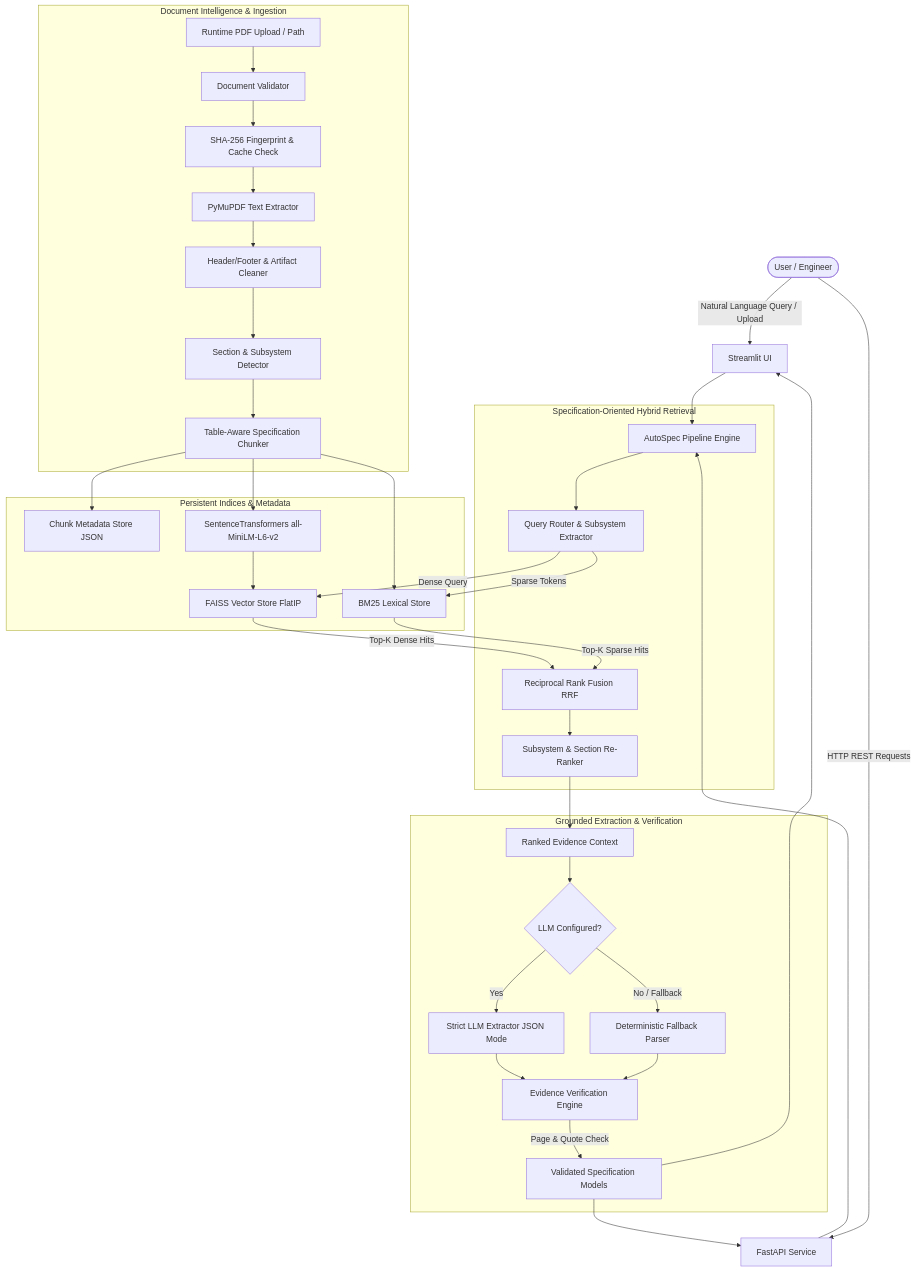
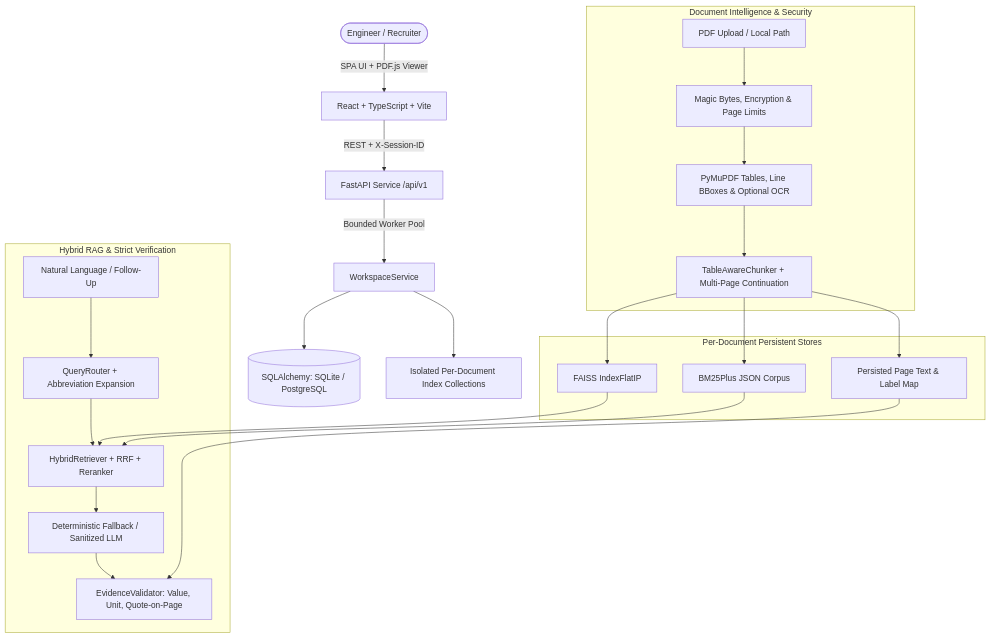
The diagram in docs/architecture.md (astha-2004-code/AutoSpec-AI), drawn with Mermaid before and after one commit. The commit also changed other lines of this file and 93 other files, not shown here.

Commit message:
feat: upgrade AutoSpec AI to production-ready full-stack platform

````diff
--- a/docs/architecture.md
+++ b/docs/architecture.md
@@ -5,46 +5,30 @@
 ```mermaid
 graph TD
-    User([User / Engineer]) -->|Natural Language Query / Upload| UI[Streamlit UI]
-    User -->|HTTP REST Requests| API[FastAPI Service]
-    
-    UI --> Pipeline[AutoSpec Pipeline Engine]
-    API --> Pipeline
-    
-    subgraph Ingestion_Subsystem [Document Intelligence & Ingestion]
-        PDF[Runtime PDF Upload / Path] --> Validator[Document Validator]
-        Validator --> Fingerprint[SHA-256 Fingerprint & Cache Check]
-        Fingerprint --> Parser[PyMuPDF Text Extractor]
-        Parser --> Cleaner[Header/Footer & Artifact Cleaner]
-        Cleaner --> SecDetector[Section & Subsystem Detector]
-        SecDetector --> Chunker[Table-Aware Specification Chunker]
+    User([Engineer / Recruiter]) -->|SPA UI + PDF.js Viewer| Web[React + TypeScript + Vite]
+    Web -->|REST + X-Session-ID| API[FastAPI Service /api/v1]
+    API -->|Bounded Worker Pool| Service[WorkspaceService]
+    Service --> DB[(SQLAlchemy: SQLite / PostgreSQL)]
+    Service --> Collections[Isolated Per-Document Index Collections]
+
+    subgraph Ingestion [Document Intelligence & Security]
+        Upload[PDF Upload / Local Path] --> SecVal[Magic Bytes, Encryption & Page Limits]
+        SecVal --> Parser[PyMuPDF Tables, Line BBoxes & Optional OCR]
+        Parser --> Chunker[TableAwareChunker + Multi-Page Continuation]
     end
-    
-    subgraph Storage_Subsystem [Persistent Indices & Metadata]
-        Chunker --> MetaStore[Chunk Metadata Store JSON]
-        Chunker --> Embedder[SentenceTransformers all-MiniLM-L6-v2]
-        Embedder --> FAISS[FAISS Vector Store FlatIP]
-        Chunker --> BM25[BM25 Lexical Store]
+
+    subgraph Storage [Per-Document Persistent Stores]
+        Chunker --> FAISS[FAISS IndexFlatIP]
+        Chunker --> BM25[BM25Plus JSON Corpus]
+        Chunker --> Pages[Persisted Page Text & Label Map]
     end
-    
-    subgraph Retrieval_Subsystem [Specification-Oriented Hybrid Retrieval]
-        Pipeline --> QueryRouter[Query Router & Subsystem Extractor]
-        QueryRouter -->|Dense Query| FAISS
-        QueryRouter -->|Sparse Tokens| BM25
-        FAISS -->|Top-K Dense Hits| RRF[Reciprocal Rank Fusion RRF]
-        BM25 -->|Top-K Sparse Hits| RRF
-        RRF --> Filter[Subsystem & Section Re-Ranker]
+
+    subgraph Retrieval [Hybrid RAG & Strict Verification]
+        Query[Natural Language / Follow-Up] --> Router[QueryRouter + Abbreviation Expansion]
+        Router --> Hybrid[HybridRetriever + RRF + Reranker]
+        FAISS --> Hybrid
+        BM25 --> Hybrid
+        Hybrid --> Extractor[Deterministic Fallback / Sanitized LLM]
+        Extractor --> Validator[EvidenceValidator: Value, Unit, Quote-on-Page]
+        Pages --> Validator
     end
-    
-    subgraph Extraction_Subsystem [Grounded Extraction & Verification]
-        Filter --> Context[Ranked Evidence Context]
-        Context --> Extractor{LLM Configured?}
-        Extractor -->|Yes| LLM[Strict LLM Extractor JSON Mode]
-        Extractor -->|No / Fallback| Deterministic[Deterministic Fallback Parser]
-        LLM --> ValidatorEngine[Evidence Verification Engine]
-        Deterministic --> ValidatorEngine
-        ValidatorEngine -->|Page & Quote Check| Output[Validated Specification Models]
-    end
-    
-    Output --> UI
-    Output --> API
 ```
````
